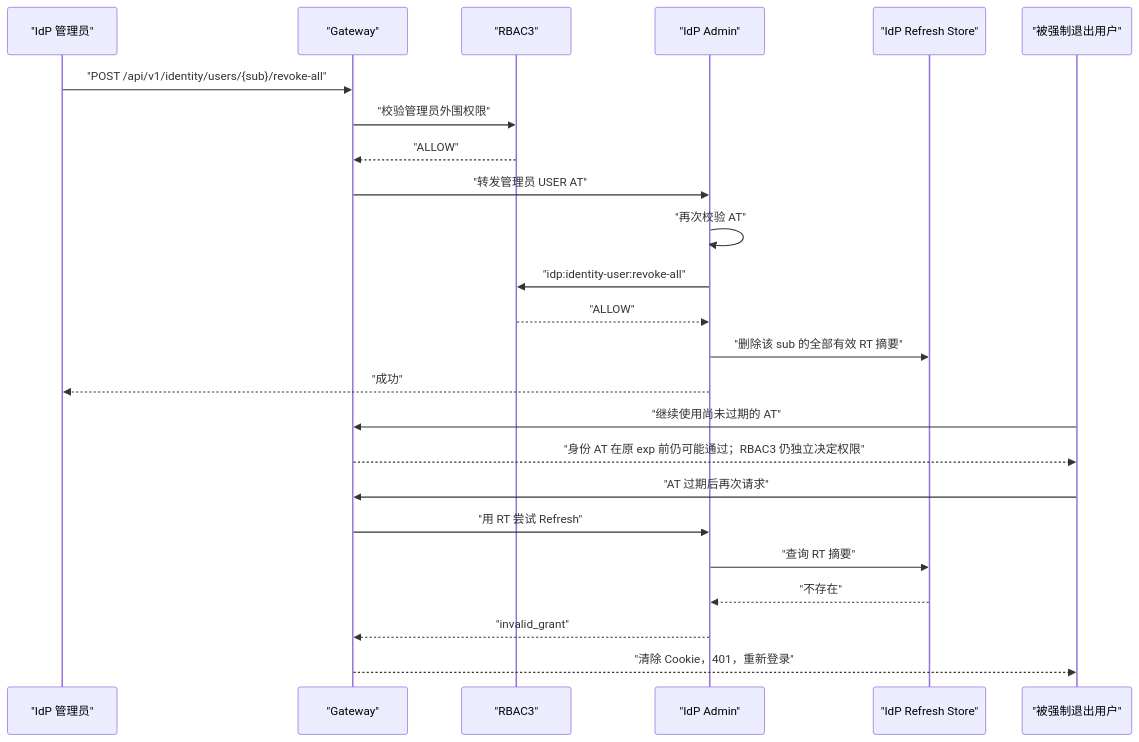
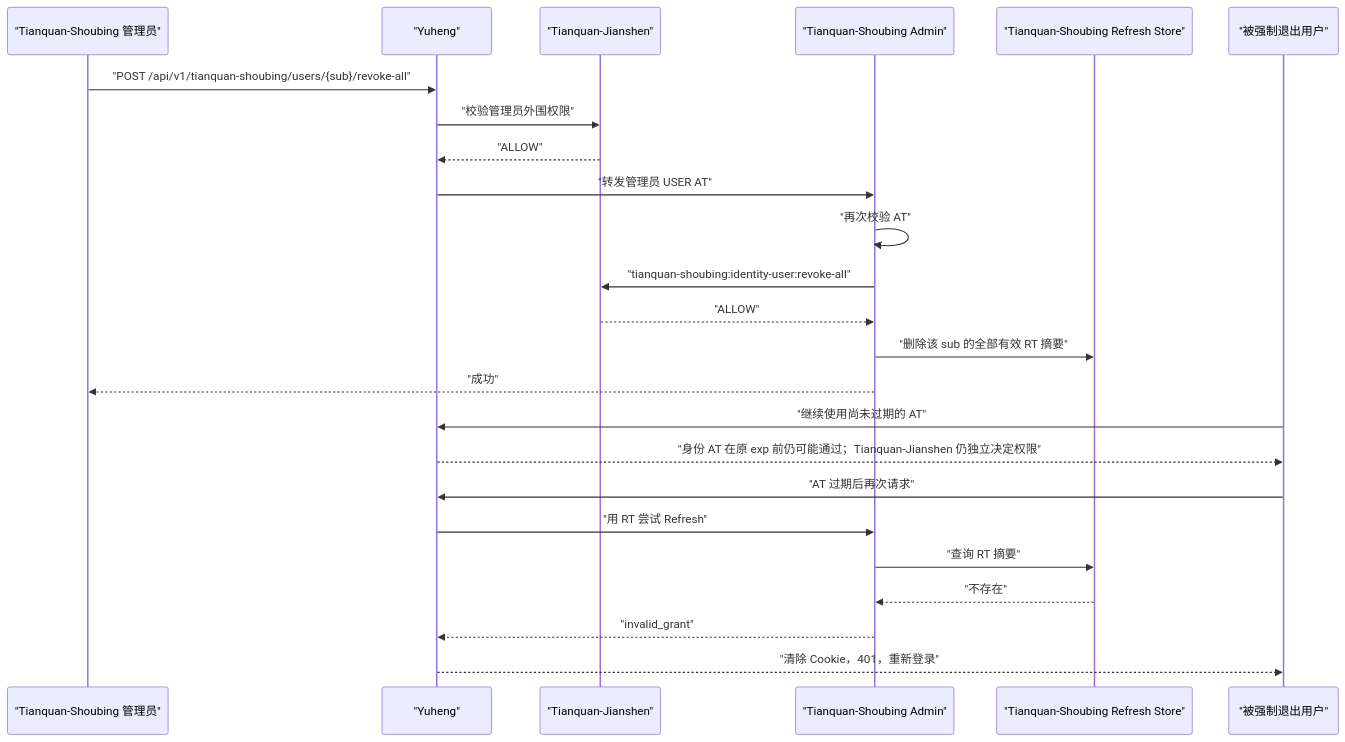
One commit to AllenDEricDAlexander/Egon-COLA changed the sixth of 6 diagrams in docs/superpowers/specs/2026-08-13-unified-identity-stateless-jwt-session-removal-design.md. Above: the diagram before and after it, drawn with Mermaid. The commit also changed other lines of this file and 233 other files, not shown here.

````diff
--- a/docs/superpowers/specs/2026-08-13-unified-identity-stateless-jwt-session-removal-design.md
+++ b/docs/superpowers/specs/2026-08-13-unified-identity-stateless-jwt-session-removal-design.md
@@ -1190,28 +1190,28 @@
 ```mermaid
 sequenceDiagram
-    participant A as "IdP 管理员"
-    participant G as "Gateway"
-    participant R as "RBAC3"
-    participant I as "IdP Admin"
-    participant T as "IdP Refresh Store"
+    participant A as "Tianquan-Shoubing 管理员"
+    participant G as "Yuheng"
+    participant R as "Tianquan-Jianshen"
+    participant I as "Tianquan-Shoubing Admin"
+    participant T as "Tianquan-Shoubing Refresh Store"
     participant U as "被强制退出用户"
 
-    A->>G: "POST /api/v1/identity/users/{sub}/revoke-all"
+    A->>G: "POST /api/v1/tianquan-shoubing/users/{sub}/revoke-all"
     G->>R: "校验管理员外围权限"
     R-->>G: "ALLOW"
     G->>I: "转发管理员 USER AT"
     I->>I: "再次校验 AT"
-    I->>R: "idp:identity-user:revoke-all"
+    I->>R: "tianquan-shoubing:identity-user:revoke-all"
     R-->>I: "ALLOW"
     I->>T: "删除该 sub 的全部有效 RT 摘要"
     I-->>A: "成功"
 
     U->>G: "继续使用尚未过期的 AT"
-    G-->>U: "身份 AT 在原 exp 前仍可能通过；RBAC3 仍独立决定权限"
+    G-->>U: "身份 AT 在原 exp 前仍可能通过；Tianquan-Jianshen 仍独立决定权限"
     U->>G: "AT 过期后再次请求"
     G->>I: "用 RT 尝试 Refresh"
     I->>T: "查询 RT 摘要"
     T-->>I: "不存在"
     I-->>G: "invalid_grant"
     G-->>U: "清除 Cookie，401，重新登录"
 ```
````
